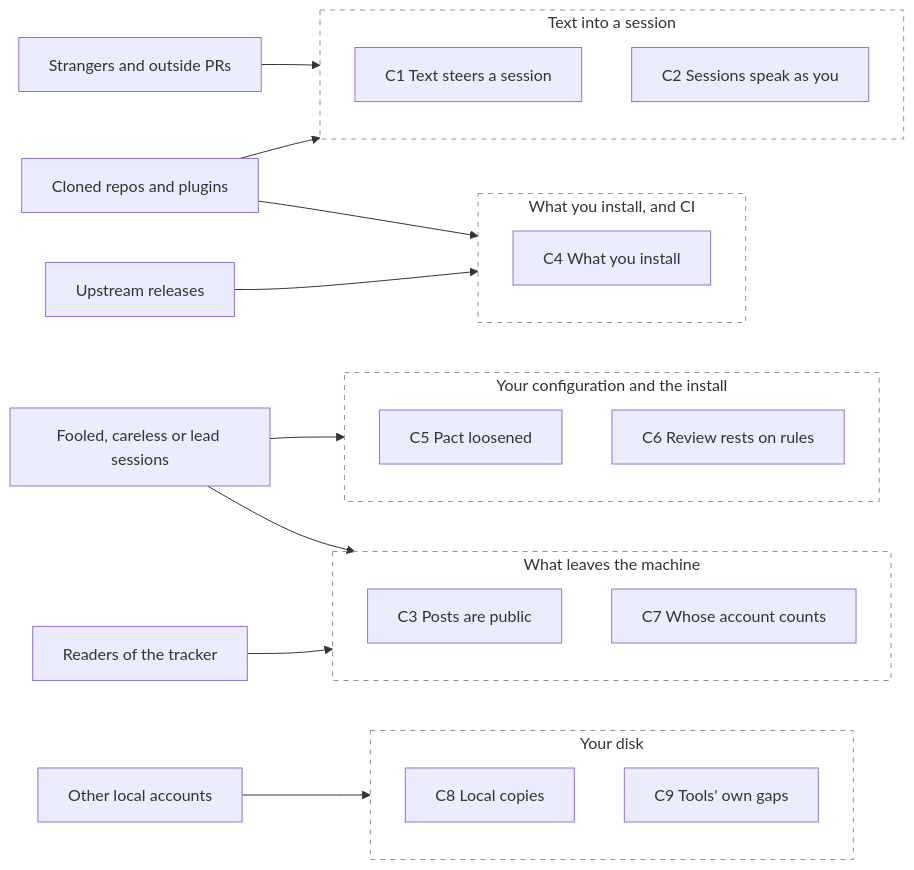
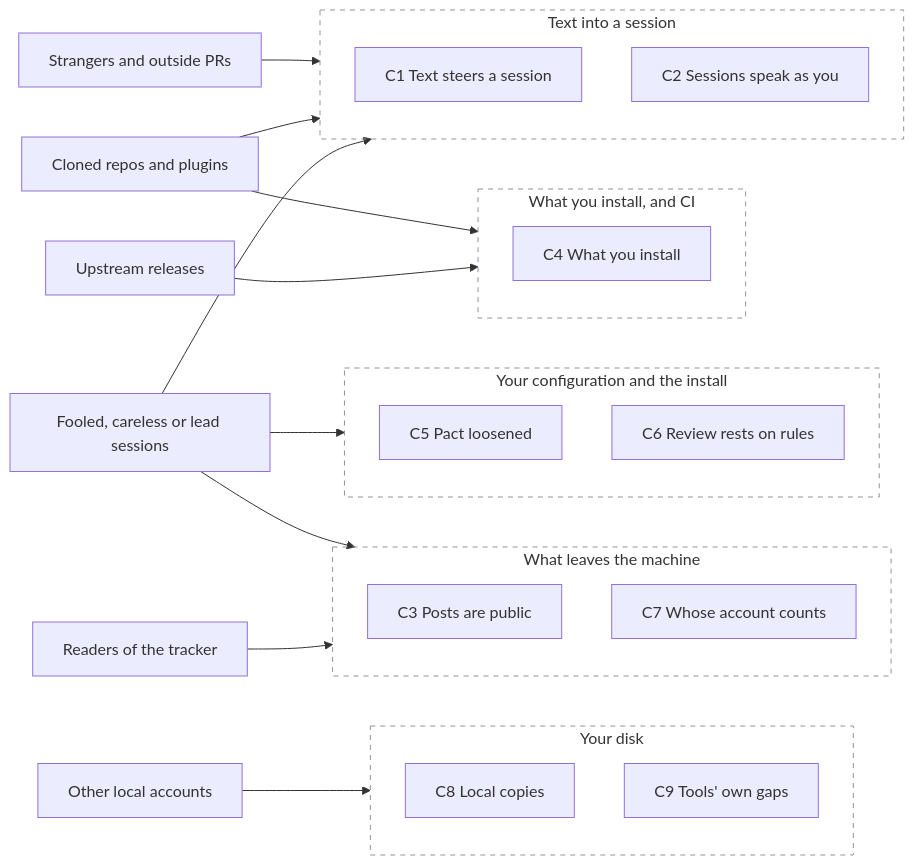
The second of 2 diagrams in docs/threat-model.md (mephistopheles4/the-pact), drawn with Mermaid before and after one commit. The commit also changed other lines of this file and 3 other files, not shown here.

````diff
--- a/docs/threat-model.md
+++ b/docs/threat-model.md
@@ -101,44 +103,45 @@
 ```mermaid
 flowchart LR
   tracker["Strangers and outside PRs"]
   repo["Cloned repos and plugins"]
   upstream["Upstream releases"]
   session["Fooled, careless or lead sessions"]
   readers["Readers of the tracker"]
   locals["Other local accounts"]
 
   subgraph B1["Text into a session"]
     C1["C1 Text steers a session"]
     C2["C2 Sessions speak as you"]
   end
   subgraph B2["What you install, and CI"]
     C4["C4 What you install"]
   end
   subgraph B3["Your configuration and the install"]
     C5["C5 Pact loosened"]
     C6["C6 Review rests on rules"]
   end
   subgraph B4["What leaves the machine"]
     C3["C3 Posts are public"]
     C7["C7 Whose account counts"]
   end
   subgraph B5["Your disk"]
     C8["C8 Local copies"]
     C9["C9 Tools' own gaps"]
   end
 
   tracker --> B1
   repo --> B1
   repo --> B2
   upstream --> B2
   session --> B3
   session --> B4
   readers --> B4
   locals --> B5
+  session --> B1
 
   style B1 fill:transparent,stroke:#8c959f,stroke-dasharray: 5 5
   style B2 fill:transparent,stroke:#8c959f,stroke-dasharray: 5 5
   style B3 fill:transparent,stroke:#8c959f,stroke-dasharray: 5 5
   style B4 fill:transparent,stroke:#8c959f,stroke-dasharray: 5 5
   style B5 fill:transparent,stroke:#8c959f,stroke-dasharray: 5 5
 ```
````
